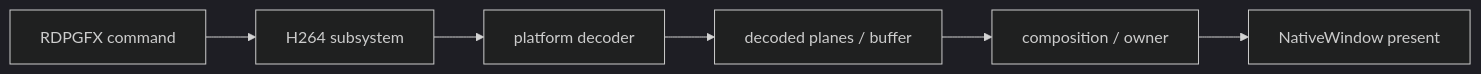
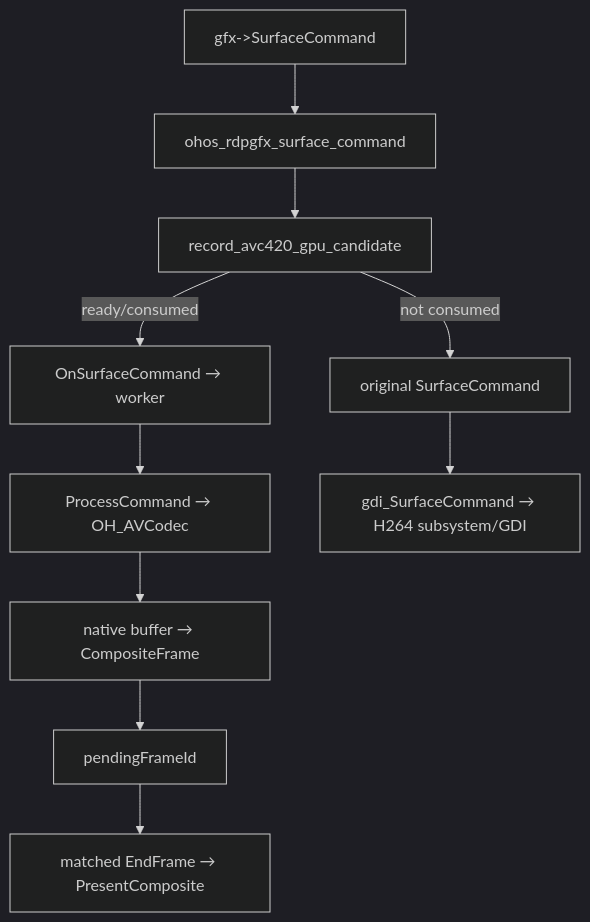
Before and after one commit to xiaomu120413/harmonyos-sdd-ralph-workshop: the eighth of 12 diagrams in harmonyos-sdd-ralph-workshop.md, drawn with Mermaid (dark theme). The commit also changed other lines of this file and 13 other files, not shown here.

````diff
--- a/harmonyos-sdd-ralph-workshop.md
+++ b/harmonyos-sdd-ralph-workshop.md
@@ -1593,8 +1596,12 @@
 ```mermaid
-flowchart LR
-    A[RDPGFX command] --> B[H264 subsystem]
-    B --> C[platform decoder]
-    C --> D[decoded planes / buffer]
-    D --> E[composition / owner]
-    E --> F[NativeWindow present]
+flowchart TD
+    A["gfx->SurfaceCommand"] --> B["ohos_rdpgfx_surface_command"]
+    B --> C["record_avc420_gpu_candidate"]
+    C -->|ready/consumed| D["OnSurfaceCommand → worker"]
+    D --> E["ProcessCommand → OH_AVCodec"]
+    E --> F["native buffer → CompositeFrame"]
+    F --> G["pendingFrameId"]
+    G --> H["matched EndFrame → PresentComposite"]
+    C -->|not consumed| I["original SurfaceCommand"]
+    I --> J["gdi_SurfaceCommand → H264 subsystem/GDI"]
 ```
````
